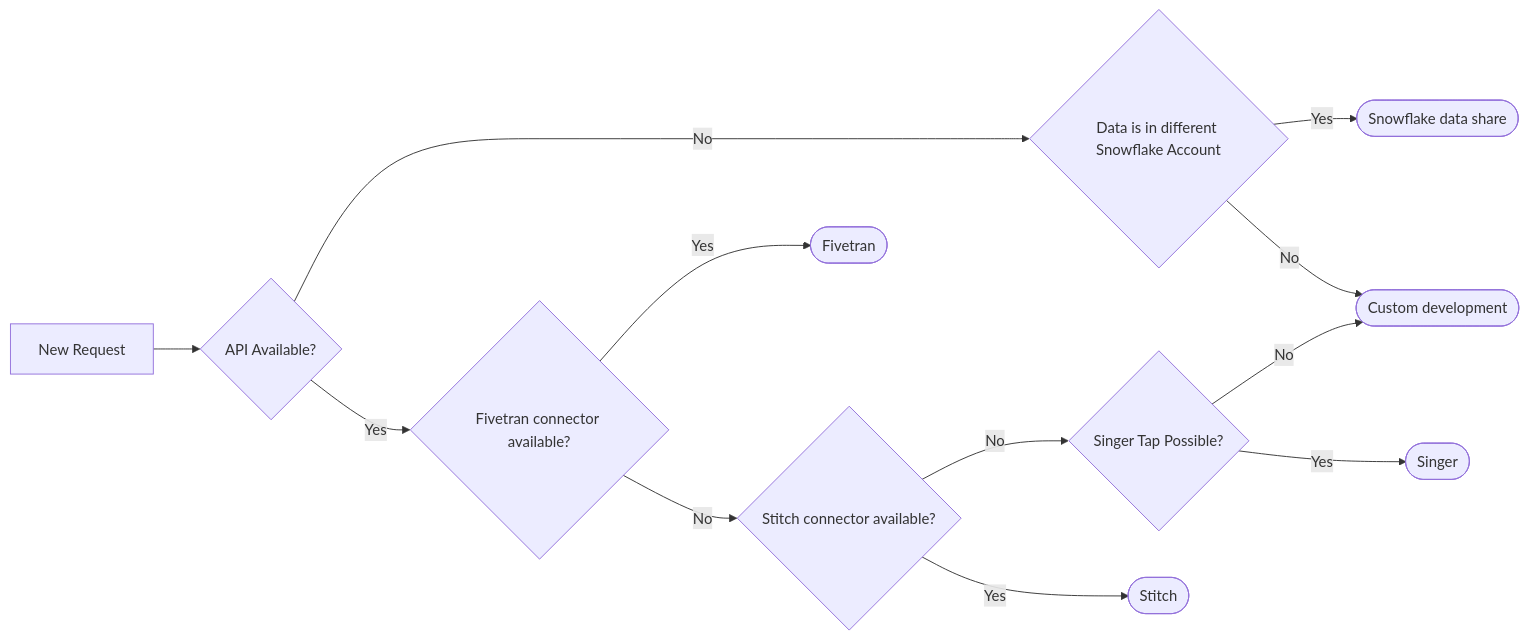
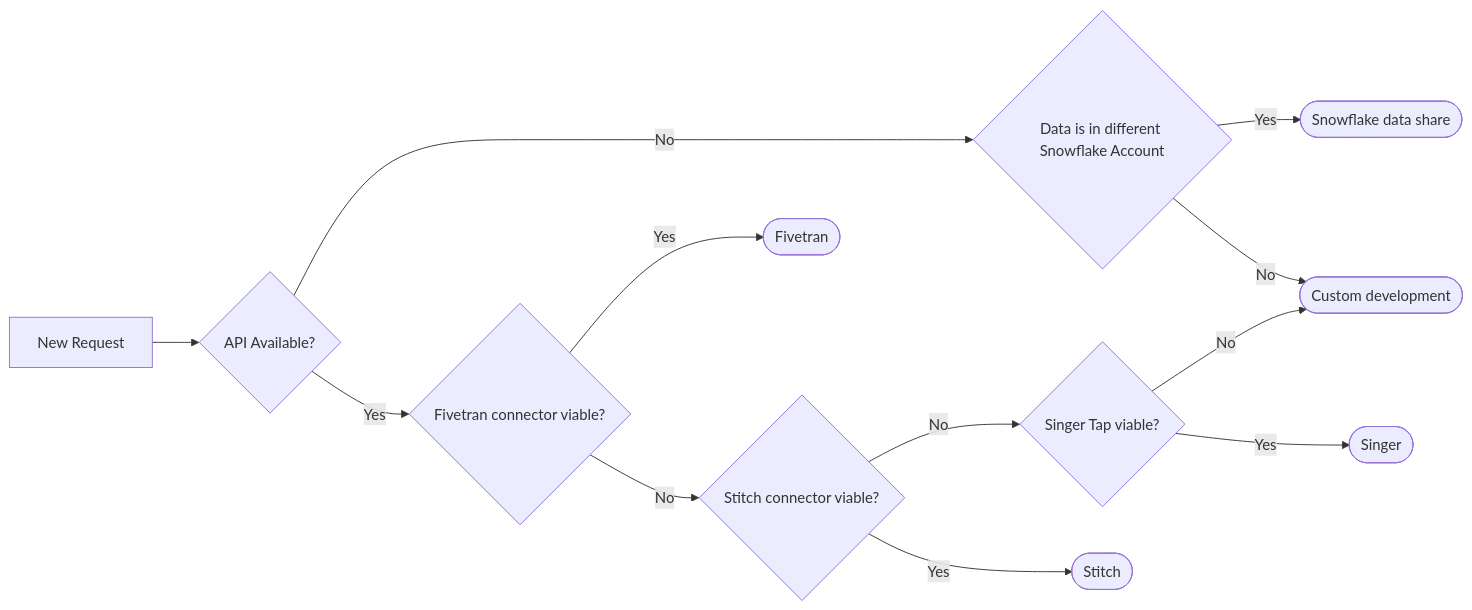
One commit to secretstartups/handbook changed the diagram in business-technology/data-team/how-we-work/new-data-source/index.html.md. Above: the diagram before and after it, drawn with Mermaid. The commit also changed other lines of this file, not shown here.

````diff
--- a/business-technology/data-team/how-we-work/new-data-source/index.html.md
+++ b/business-technology/data-team/how-we-work/new-data-source/index.html.md
@@ -75,30 +75,30 @@
 ```mermaid
 graph LR
    
 %%descisions
     api_available{API Available?}
-    fivetran_connector_available{Fivetran connector available?}
-    stitch_connector_available{Stitch connector available?}
+    fivetran_connector_available{Fivetran connector viable?}
+    stitch_connector_available{Stitch connector viable?}
     data_is_ext_snowflake_sources{Data is in different Snowflake Account}
-    singer_option{Singer Tap Possible?}
+    singer_option{Singer Tap viable?}
 
 %%end solutions
     Custom([Custom development])
     Fivetran([Fivetran])
     Singer([Singer])
     Stitch([Stitch])
     Snowflake_datashare([Snowflake data share])
 
 %%flow
     ds_request[New Request]-->api_available 
     api_available-->|No|data_is_ext_snowflake_sources
     api_available-->|Yes|fivetran_connector_available
     stitch_connector_available-->|Yes|Stitch
     fivetran_connector_available-->|Yes|Fivetran
     fivetran_connector_available-->|No|stitch_connector_available
     stitch_connector_available-->|No|singer_option
     singer_option-->|Yes|Singer
     singer_option-->|No|Custom
     data_is_ext_snowflake_sources-->|Yes|Snowflake_datashare
     data_is_ext_snowflake_sources-->|No|Custom
 ```
````
